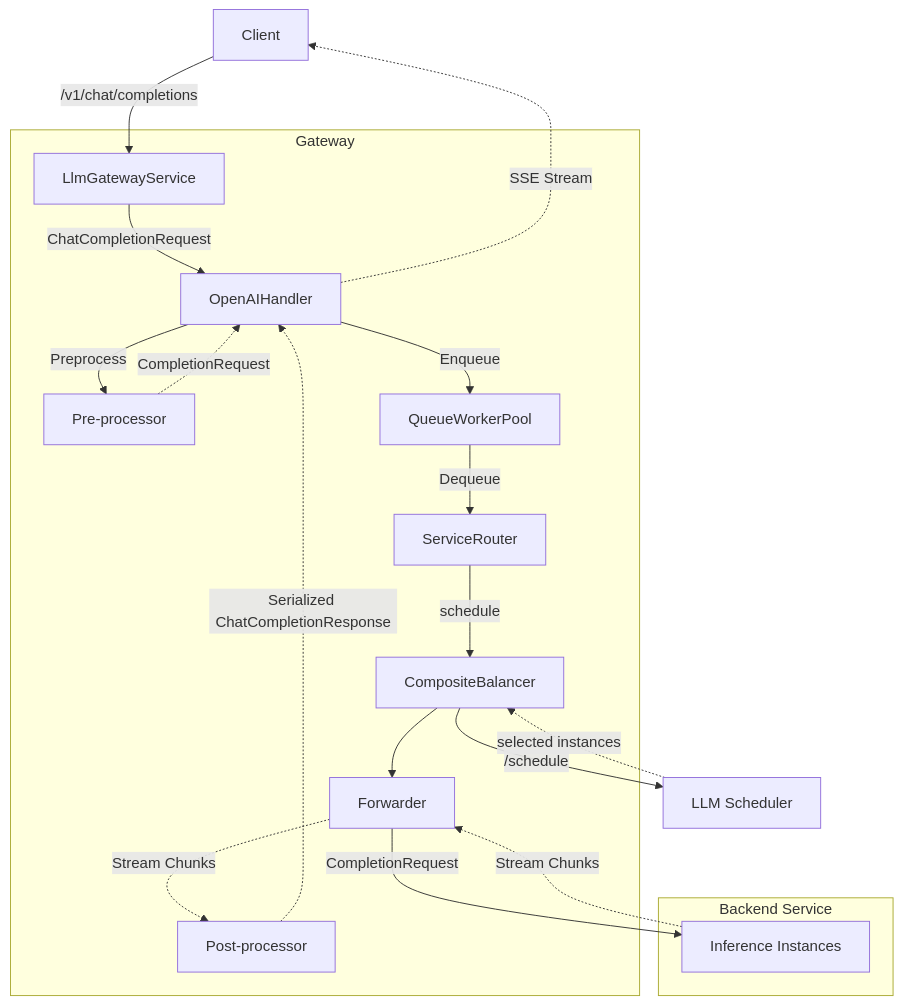
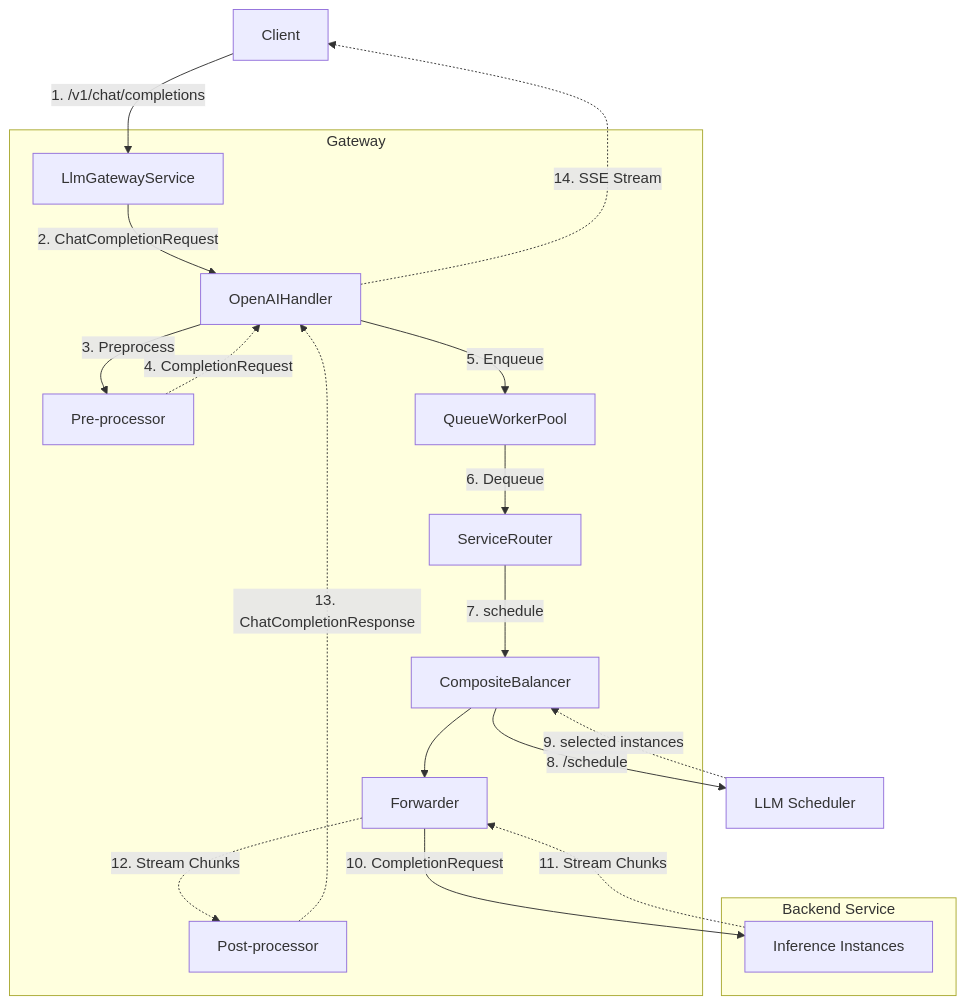
Before and after one commit to llumnix-project/llumnix: the diagram in docs/source/design/gateway_architecture.md, drawn with Mermaid. The commit also changed 1 other file, not shown here.

````diff
--- a/docs/source/design/gateway_architecture.md
+++ b/docs/source/design/gateway_architecture.md
@@ -104,38 +104,38 @@
 ```mermaid
 %%{init: {'flowchart': {'curve': 'basis', 'nodeSpacing': 30}}}%%
 graph TB
     Client[Client]
     
     subgraph Gateway["Gateway"]
         Service[LlmGatewayService]
         Handler[OpenAIHandler]
         PreProc[Pre-processor]
         Queue[QueueWorkerPool]
         Router[ServiceRouter]
         LB[CompositeBalancer]
         Forwarder[Forwarder]
         PostProc[Post-processor]
     end
     
     subgraph Backend["Backend Service"]
         Internal[Inference Instances]
     end
     
     Scheduler[LLM Scheduler]
     
-    Client -->|/v1/chat/completions| Service
-    Service --> |ChatCompletionRequest| Handler
-    Handler --> |Preprocess| PreProc
-    PreProc -.-> |CompletionRequest| Handler
-    Handler --> |Enqueue| Queue
-    Queue --> |Dequeue|Router
-    Router -->|schedule| LB
-    LB -->|/schedule| Scheduler
-    Scheduler -.->|selected instances| LB
+    Client -->|1. /v1/chat/completions| Service
+    Service -->|2. ChatCompletionRequest| Handler
+    Handler -->|3. Preprocess| PreProc
+    PreProc -.->|4. CompletionRequest| Handler
+    Handler -->|5. Enqueue| Queue
+    Queue -->|6. Dequeue| Router
+    Router -->|7. schedule| LB
+    LB -->|8. /schedule| Scheduler
+    Scheduler -.->|9. selected instances| LB
     LB --> Forwarder
-    Forwarder -->|CompletionRequest| Internal
-    Internal -.->|Stream Chunks| Forwarder
-    Forwarder -.->|Stream Chunks| PostProc
-    PostProc -.->|Serialized ChatCompletionResponse| Handler
-    Handler -.->|SSE Stream| Client
+    Forwarder -->|10. CompletionRequest| Internal
+    Internal -.->|11. Stream Chunks| Forwarder
+    Forwarder -.->|12. Stream Chunks| PostProc
+    PostProc -.->|13. ChatCompletionResponse| Handler
+    Handler -.->|14. SSE Stream| Client
 ```
````
